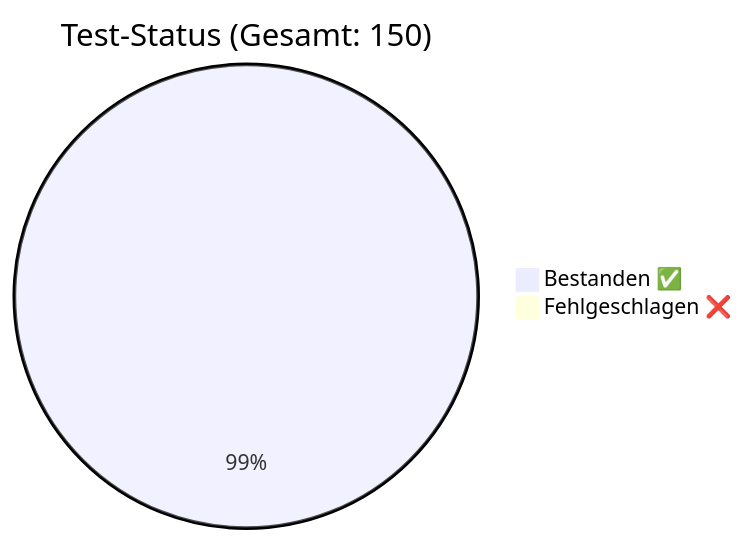
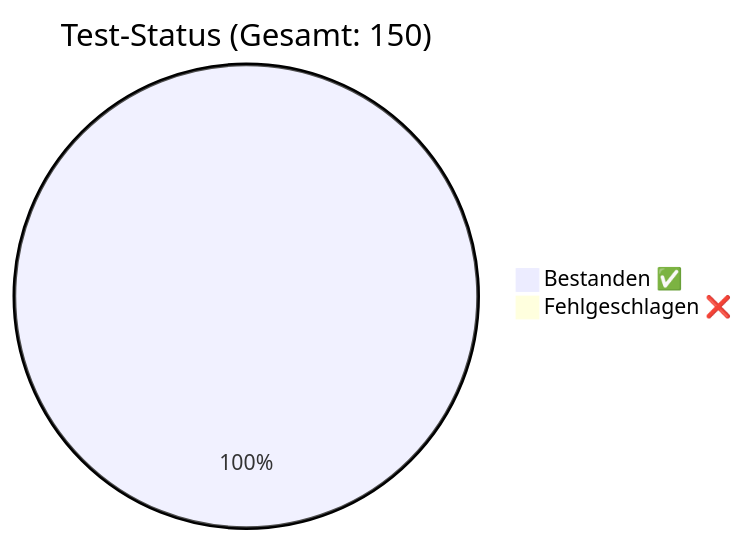
One commit to rorila/GCS changed the diagram in docs/QA_Report.md. Above: the diagram before and after it, drawn with Mermaid. The commit also changed other lines of this file and 16 other files, not shown here.

````diff
--- a/docs/QA_Report.md
+++ b/docs/QA_Report.md
@@ -7,5 +7,5 @@
 ```mermaid
 pie title Test-Status (Gesamt: 150)
-    "Bestanden ✅" : 149
-    "Fehlgeschlagen ❌" : 1
+    "Bestanden ✅" : 150
+    "Fehlgeschlagen ❌" : 0
 ```
````
